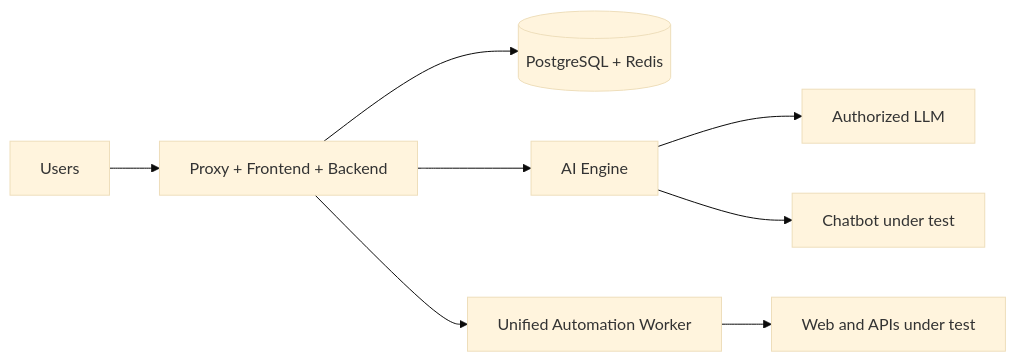
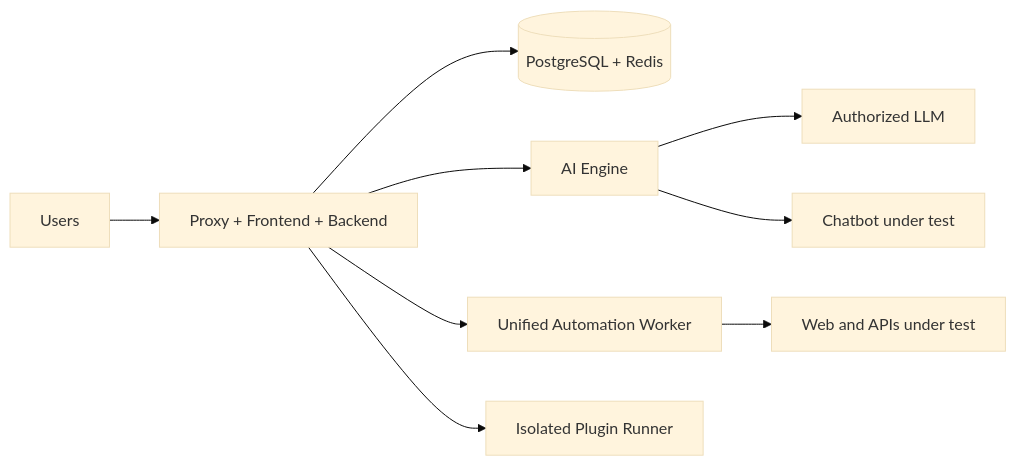
One commit to treseko/treseko-platform changed the diagram in docs/en/DISTRIBUTED_DEPLOYMENT_GUIDE.md. Above: the diagram before and after it, drawn with Mermaid (base theme). The commit also changed other lines of this file and 132 other files, not shown here.

````diff
--- a/docs/en/DISTRIBUTED_DEPLOYMENT_GUIDE.md
+++ b/docs/en/DISTRIBUTED_DEPLOYMENT_GUIDE.md
@@ -10,10 +10,11 @@
 ```mermaid
 flowchart LR
   U[Users] --> A[Proxy + Frontend + Backend]
   A --> B[(PostgreSQL + Redis)]
   A --> C[AI Engine]
   A --> D[Unified Automation Worker]
+  A --> P[Isolated Plugin Runner]
   C --> L[Authorized LLM]
   C --> T1[Chatbot under test]
   D --> T2[Web and APIs under test]
 ```
````
